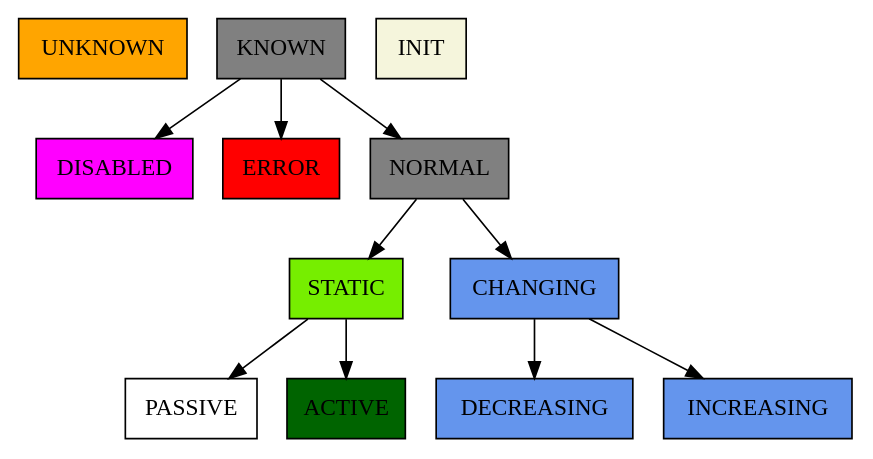
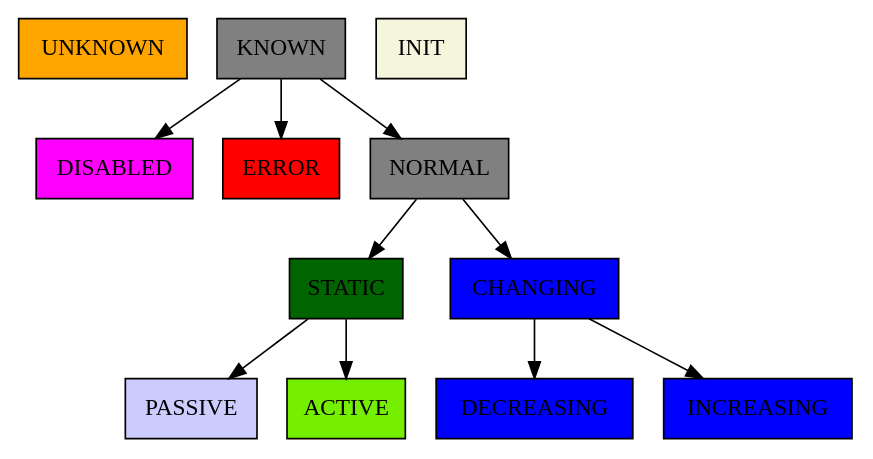
Before and after one commit to European-XFEL/Karabo: the first of 7 diagrams in doc/concepts/states.rst, drawn with Graphviz. The commit also changed other lines of this file, not shown here.

```diff
--- a/doc/concepts/states.rst
+++ b/doc/concepts/states.rst
@@ -21,23 +21,23 @@
 .. digraph:: state_transitions
 
     "UNKNOWN"[shape = box style=filled, fillcolor=orange]
     "DISABLED"[shape = box style=filled, fillcolor=magenta]
     "ERROR"[shape = box style=filled, fillcolor=red]
     "INIT"[shape = box style=filled, fillcolor=beige]
     "KNOWN"[shape = box style=filled, fillcolor=grey]
-    "STATIC"[shape = box style=filled, fillcolor=chartreuse2]
+    "STATIC"[shape = box style=filled, fillcolor=darkgreen]
     "NORMAL"[shape = box style=filled, fillcolor=grey]
     "KNOWN" -> "NORMAL"
     "KNOWN" -> "ERROR"
     "KNOWN" -> "DISABLED"
     "NORMAL" -> "STATIC"
-    "PASSIVE"[shape = box style=filled, fillcolor=white]
+    "PASSIVE"[shape = box style=filled, fillcolor="#CCCCFF"]
     "STATIC" -> "PASSIVE"
-    "ACTIVE"[shape = box style=filled, fillcolor=darkgreen]
+    "ACTIVE"[shape = box style=filled, fillcolor=chartreuse2]
     "STATIC" -> "ACTIVE"
-    "CHANGING"[shape = box style=filled, fillcolor=cornflowerblue]
+    "CHANGING"[shape = box style=filled, fillcolor=blue]
     "NORMAL" -> "CHANGING"
-    "DECREASING"[shape = box style=filled, fillcolor=cornflowerblue]
+    "DECREASING"[shape = box style=filled, fillcolor=blue]
     "CHANGING" -> "DECREASING"
-    "INCREASING"[shape = box style=filled, fillcolor=cornflowerblue]
+    "INCREASING"[shape = box style=filled, fillcolor=blue]
     "CHANGING" -> "INCREASING"
```
